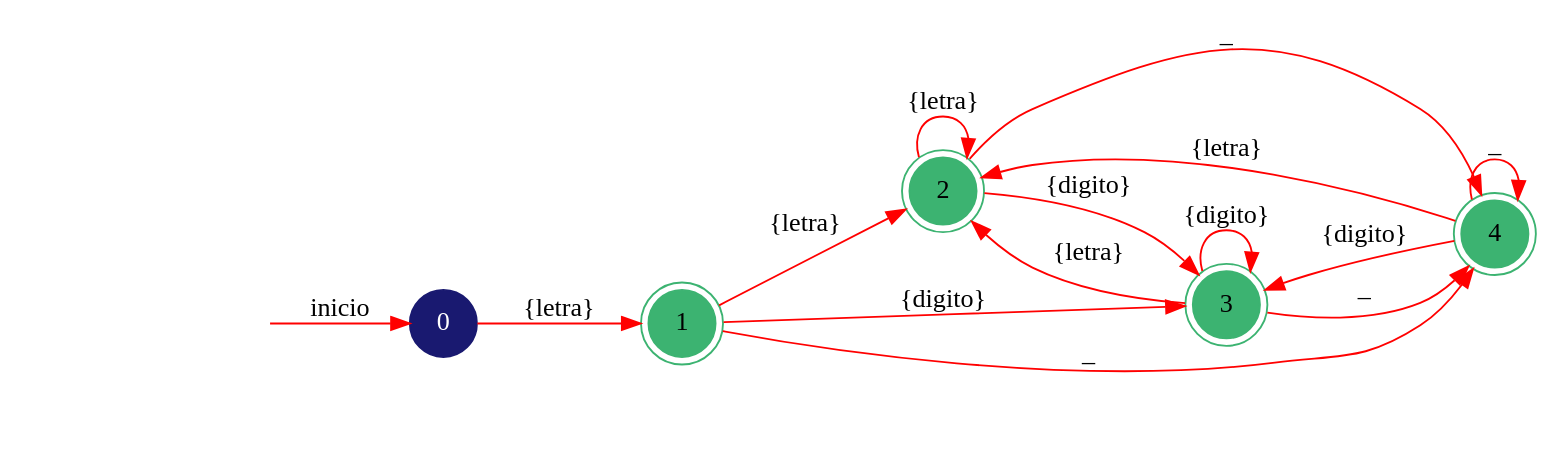
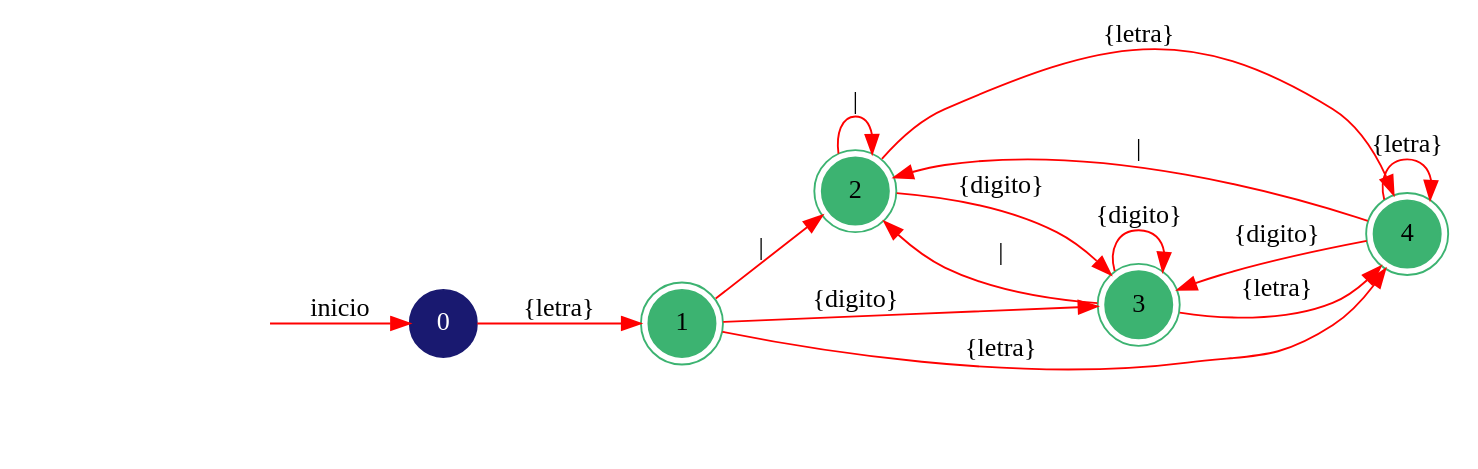
The diagram in Compi1Proyecto1/er1_AFD.dot (AhiezerRamirez/Compi1Proyecto1), drawn with Graphviz before and after one commit. The commit also changed 13 other files, not shown here.

```diff
--- a/Compi1Proyecto1/er1_AFD.dot
+++ b/Compi1Proyecto1/er1_AFD.dot
@@ -1,22 +1,22 @@
 digraph AFD {
 	rankdir=LR;
 	node [shape=doublecircle, style = filled,color = mediumseagreen]; "1" "2" "3" "4";
 	node [shape=circle];
 	node [color=midnightblue,fontcolor=white];
 	edge [color=red];
 	secret_node [style=invis];
 	secret_node -> "0" [label="inicio"];
 	"0" -> "1" [label="{letra}"];
-	"1" -> "2" [label="{letra}"];
+	"1" -> "2" [label="|"];
 	"1" -> "3" [label="{digito}"];
-	"1" -> "4" [label="_"];
-	"2" -> "2" [label="{letra}"];
+	"1" -> "4" [label="{letra}"];
+	"2" -> "2" [label="|"];
 	"2" -> "3" [label="{digito}"];
-	"2" -> "4" [label="_"];
-	"3" -> "2" [label="{letra}"];
+	"2" -> "4" [label="{letra}"];
+	"3" -> "2" [label="|"];
 	"3" -> "3" [label="{digito}"];
-	"3" -> "4" [label="_"];
-	"4" -> "2" [label="{letra}"];
+	"3" -> "4" [label="{letra}"];
+	"4" -> "2" [label="|"];
 	"4" -> "3" [label="{digito}"];
-	"4" -> "4" [label="_"];
+	"4" -> "4" [label="{letra}"];
 }
```
